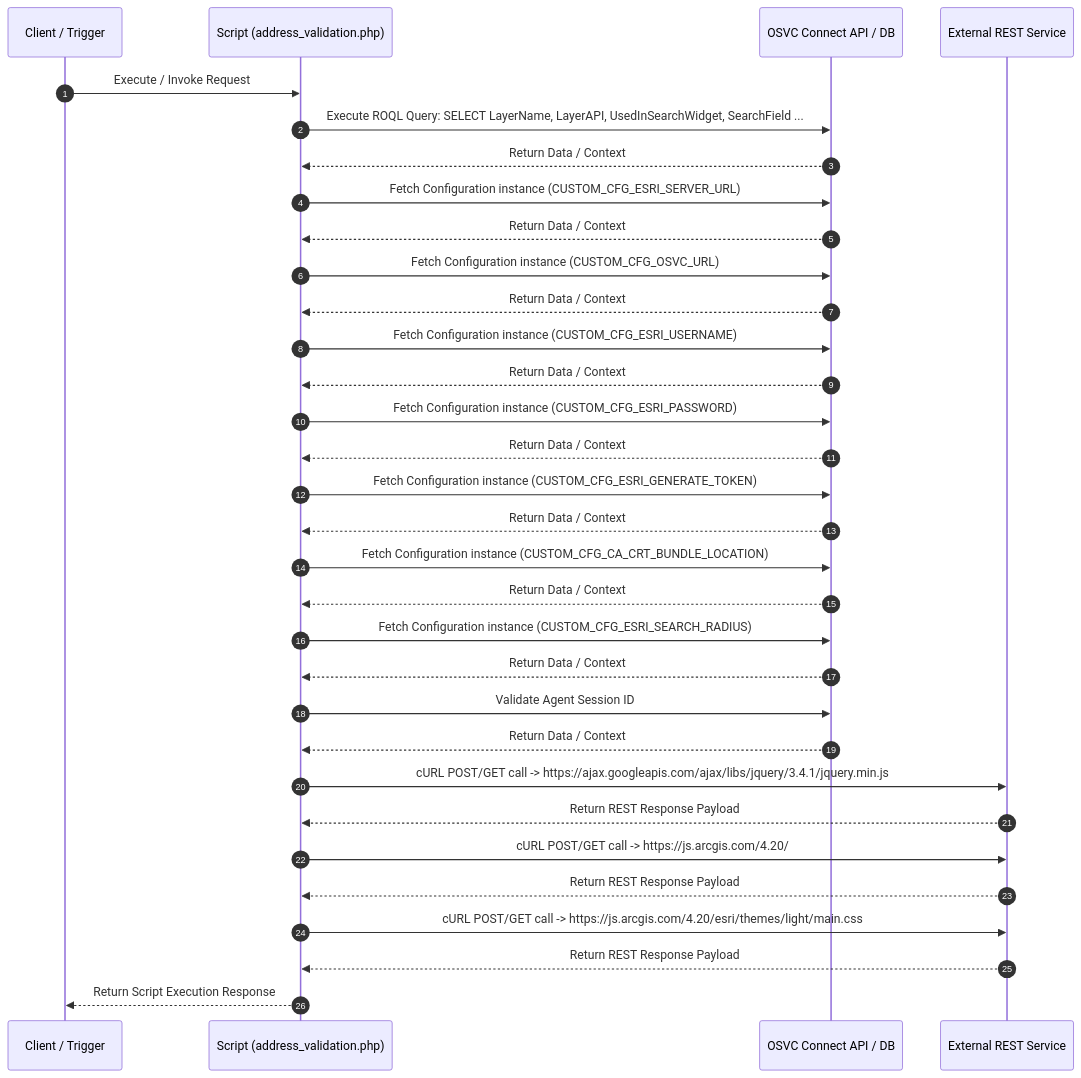
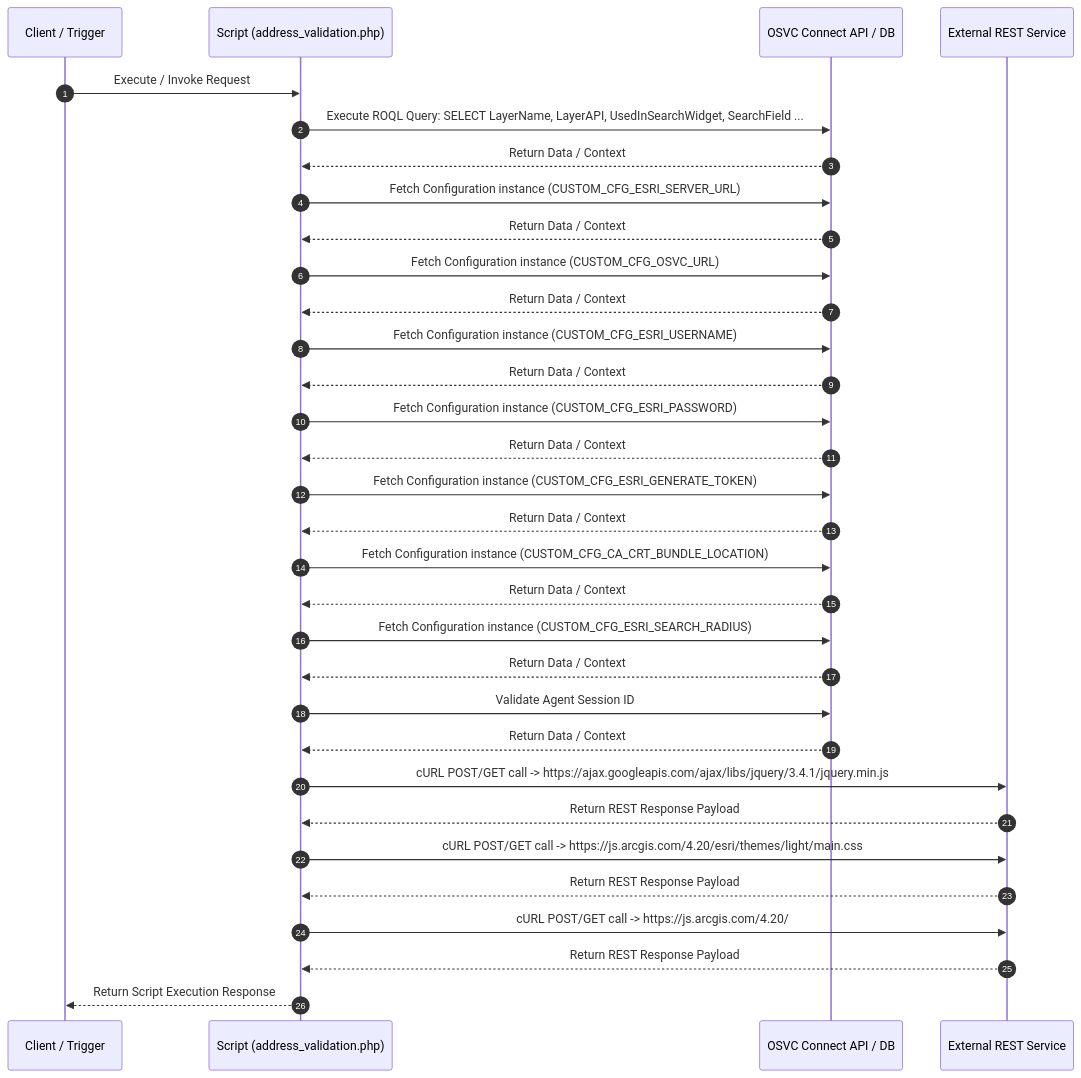
The diagram in results/markdown/scripts/report_address_validation.php.md (SujalMatolia0/Config_Migration), drawn with Mermaid before and after one commit. The commit also changed other lines of this file and 15 other files, not shown here.

Commit message:
fix: implement strict field module filtering and stable radial layout positioning for graphs while updating report metadata

````diff
--- a/results/markdown/scripts/report_address_validation.php.md
+++ b/results/markdown/scripts/report_address_validation.php.md
@@ -62,34 +62,34 @@
 ```mermaid
 sequenceDiagram
   autonumber
   participant Client as Client / Trigger
   participant Script as Script (address_validation.php)
   participant OSVC as OSVC Connect API / DB
   participant REST as External REST Service
   Client->>Script: Execute / Invoke Request
   Script->>OSVC: Execute ROQL Query: SELECT LayerName, LayerAPI, UsedInSearchWidget, SearchField ...
   OSVC-->>Script: Return Data / Context
   Script->>OSVC: Fetch Configuration instance (CUSTOM_CFG_ESRI_SERVER_URL)
   OSVC-->>Script: Return Data / Context
   Script->>OSVC: Fetch Configuration instance (CUSTOM_CFG_OSVC_URL)
   OSVC-->>Script: Return Data / Context
   Script->>OSVC: Fetch Configuration instance (CUSTOM_CFG_ESRI_USERNAME)
   OSVC-->>Script: Return Data / Context
   Script->>OSVC: Fetch Configuration instance (CUSTOM_CFG_ESRI_PASSWORD)
   OSVC-->>Script: Return Data / Context
   Script->>OSVC: Fetch Configuration instance (CUSTOM_CFG_ESRI_GENERATE_TOKEN)
   OSVC-->>Script: Return Data / Context
   Script->>OSVC: Fetch Configuration instance (CUSTOM_CFG_CA_CRT_BUNDLE_LOCATION)
   OSVC-->>Script: Return Data / Context
   Script->>OSVC: Fetch Configuration instance (CUSTOM_CFG_ESRI_SEARCH_RADIUS)
   OSVC-->>Script: Return Data / Context
   Script->>OSVC: Validate Agent Session ID
   OSVC-->>Script: Return Data / Context
   Script->>REST: cURL POST/GET call -> https://ajax.googleapis.com/ajax/libs/jquery/3.4.1/jquery.min.js
   REST-->>Script: Return REST Response Payload
+  Script->>REST: cURL POST/GET call -> https://js.arcgis.com/4.20/esri/themes/light/main.css
+  REST-->>Script: Return REST Response Payload
   Script->>REST: cURL POST/GET call -> https://js.arcgis.com/4.20/
-  REST-->>Script: Return REST Response Payload
-  Script->>REST: cURL POST/GET call -> https://js.arcgis.com/4.20/esri/themes/light/main.css
   REST-->>Script: Return REST Response Payload
   Script-->>Client: Return Script Execution Response
 ```
````
